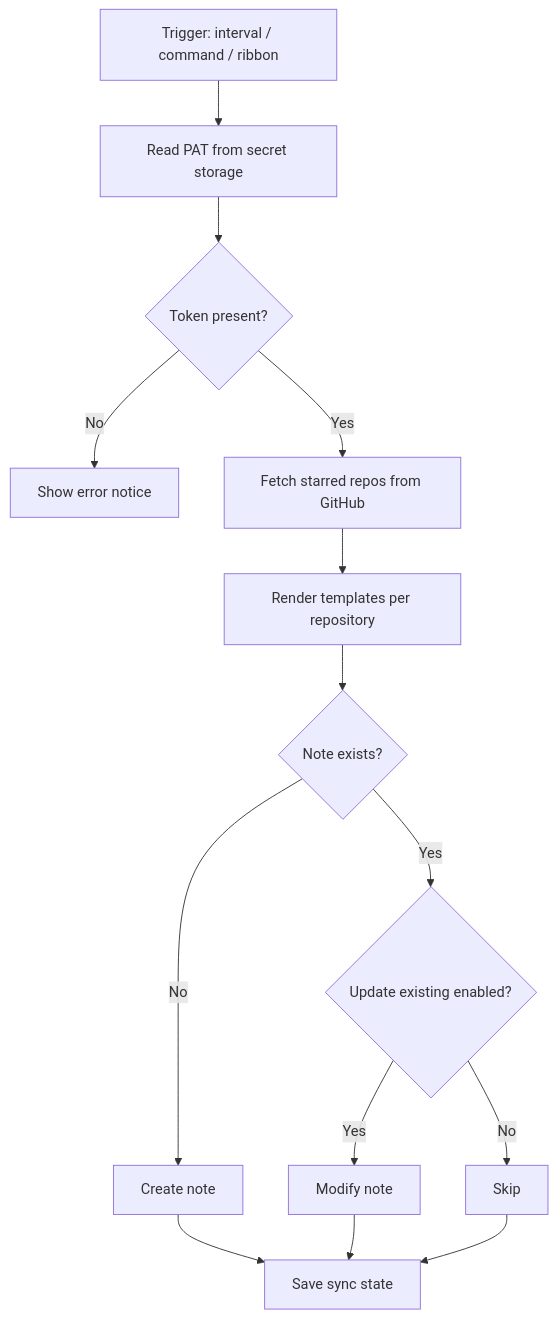
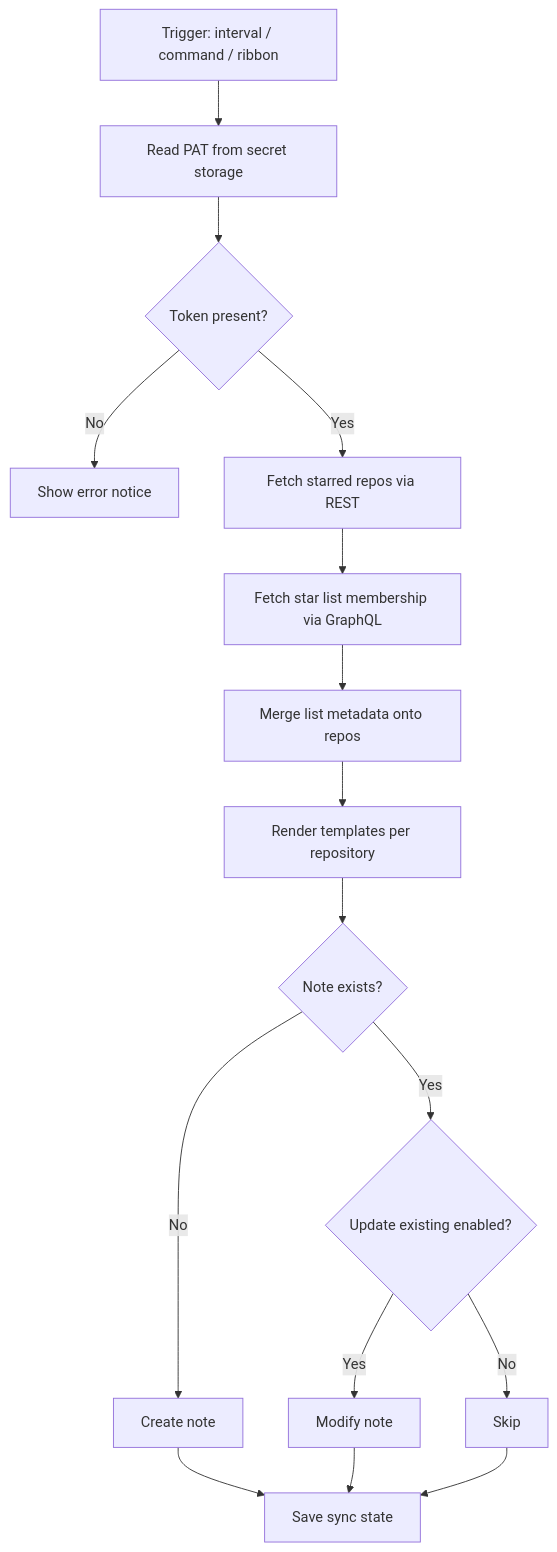
The diagram in docs/architecture.md (greg-fox/github-stars-sync), drawn with Mermaid before and after one commit. The commit also changed other lines of this file and 17 other files, not shown here.

Commit message:
Add star list information to the plugin. This can be added to the metadata, and the body

````diff
--- a/docs/architecture.md
+++ b/docs/architecture.md
@@ -26,16 +29,18 @@
 ```mermaid
 flowchart TD
   A[Trigger: interval / command / ribbon] --> B[Read PAT from secret storage]
   B --> C{Token present?}
   C -- No --> D[Show error notice]
-  C -- Yes --> E[Fetch starred repos from GitHub]
-  E --> F[Render templates per repository]
-  F --> G{Note exists?}
-  G -- No --> H[Create note]
-  G -- Yes --> I{Update existing enabled?}
-  I -- No --> J[Skip]
-  I -- Yes --> K[Modify note]
-  H --> L[Save sync state]
-  K --> L
-  J --> L
+  C -- Yes --> E[Fetch starred repos via REST]
+  E --> F[Fetch star list membership via GraphQL]
+  F --> G[Merge list metadata onto repos]
+  G --> H[Render templates per repository]
+  H --> I{Note exists?}
+  I -- No --> J[Create note]
+  I -- Yes --> K{Update existing enabled?}
+  K -- No --> L[Skip]
+  K -- Yes --> M[Modify note]
+  J --> N[Save sync state]
+  M --> N
+  L --> N
 ```
````
